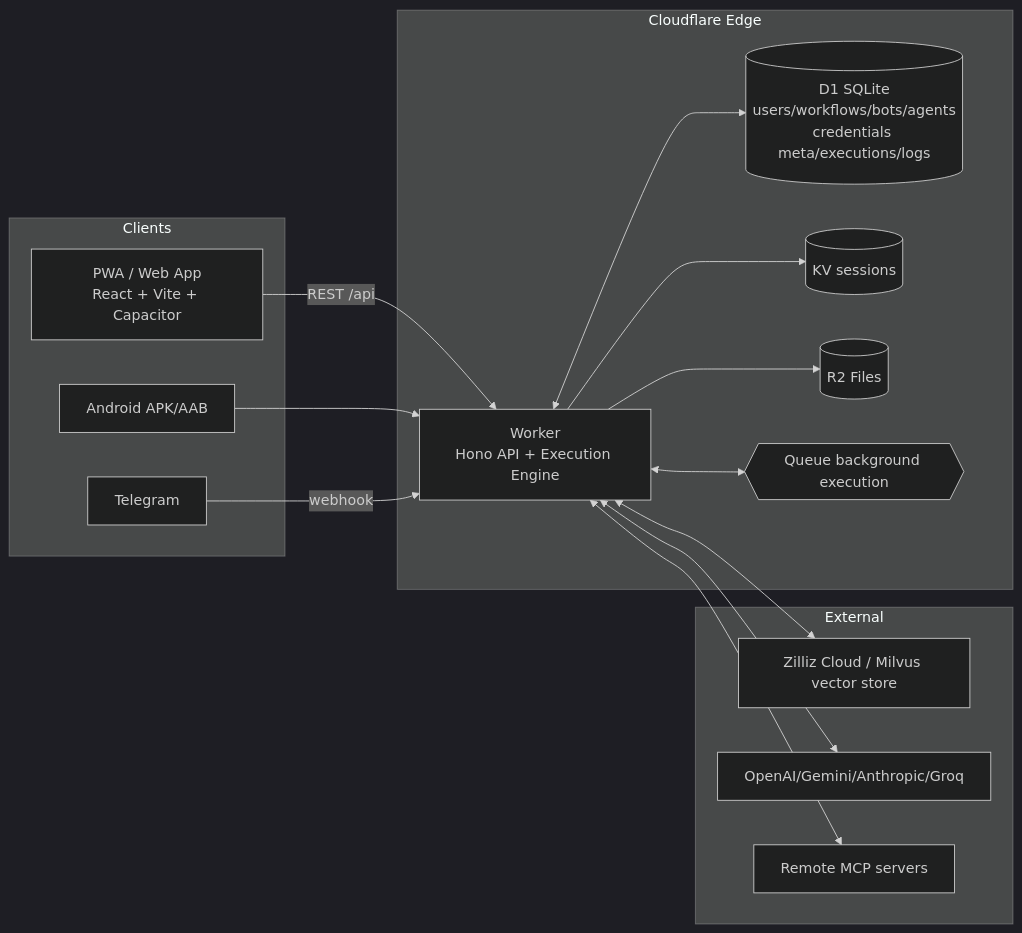
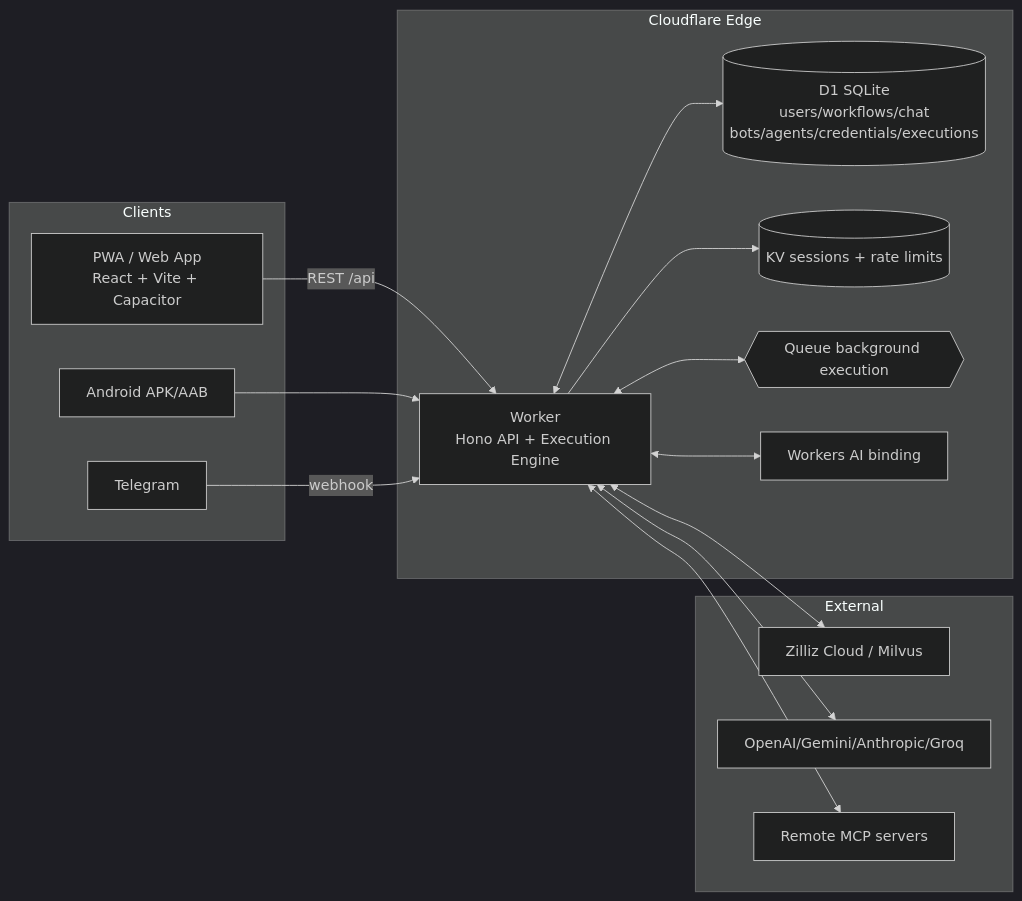
Before and after one commit to amkyawdev/flowbot-ai-studio: the diagram in README.md, drawn with Mermaid (dark theme). The commit also changed other lines of this file and 2 other files, not shown here.

````diff
--- a/README.md
+++ b/README.md
@@ -46,33 +83,33 @@
 ```mermaid
 flowchart LR
     subgraph Clients
         PWA[PWA / Web App<br/>React + Vite + Capacitor]
         Android[Android APK/AAB]
         TG[Telegram]
     end
 
     subgraph Cloudflare Edge
         W[Worker<br/>Hono API + Execution Engine]
-        D1[(D1 SQLite<br/>users/workflows/bots/agents<br/>credentials meta/executions/logs)]
-        KV[(KV sessions)]
-        R2[(R2 Files)]
+        D1[(D1 SQLite<br/>users/workflows/chat<br/>bots/agents/credentials/executions)]
+        KV[(KV sessions + rate limits)]
         Q{{Queue background execution}}
+        AIB[Workers AI binding]
     end
 
     subgraph External
-        Z[Zilliz Cloud / Milvus vector store]
+        Z[Zilliz Cloud / Milvus]
         AI[OpenAI/Gemini/Anthropic/Groq]
         MCP[Remote MCP servers]
     end
 
     PWA -->|REST /api| W
     Android --> W
     TG -->|webhook| W
     W <--> D1
     W --> KV
-    W --> R2
     W <--> Q
+    W <--> AIB
     W <--> Z
     W <--> AI
     W <--> MCP
 ```
````
